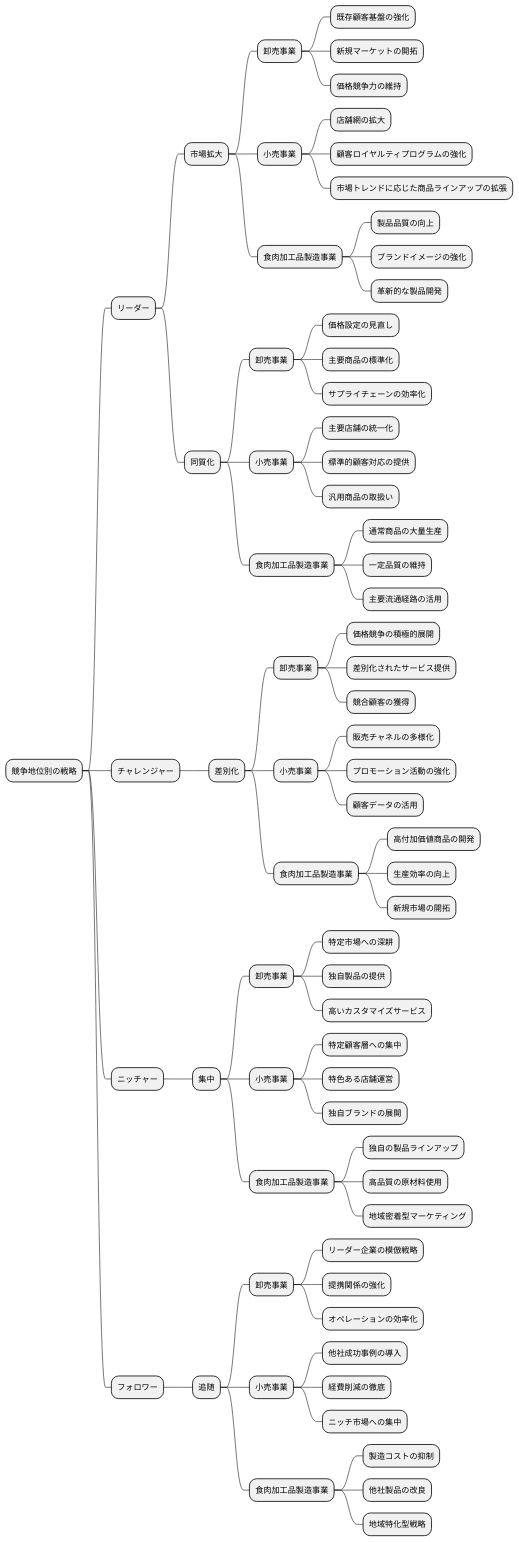
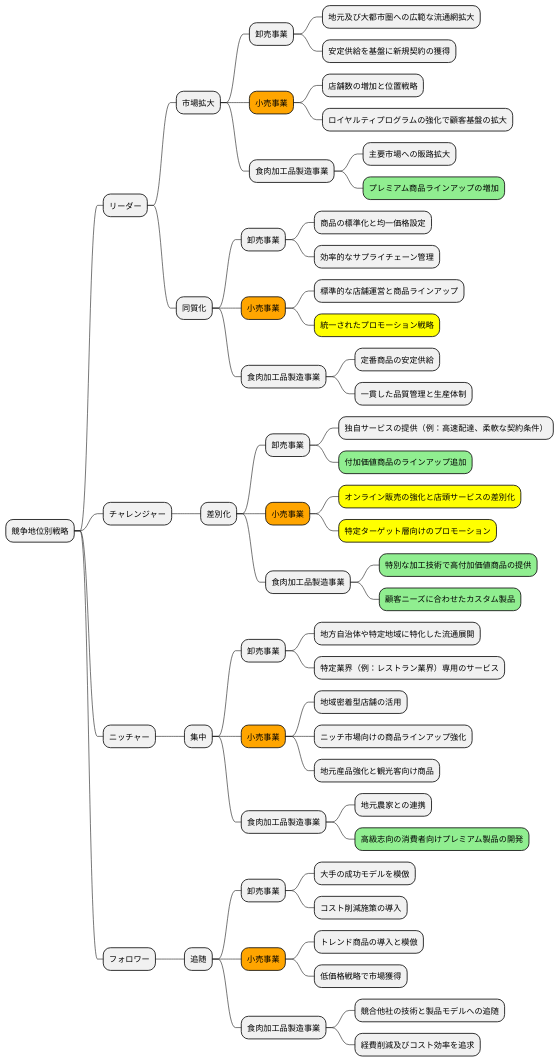
One commit to k2works/case-sutudy-business-analysis changed the ninth of 15 diagrams in docs/case/r04_case_2.adoc. Above: the diagram before and after it, drawn with PlantUML. The commit also changed other lines of this file, not shown here.

```diff
--- a/docs/case/r04_case_2.adoc
+++ b/docs/case/r04_case_2.adoc
@@ -614,75 +502,61 @@
 [plantuml]
 ----
 @startmindmap
-* 競争地位別の戦略
+* 競争地位別戦略
 ** リーダー
 *** 市場拡大
 **** 卸売事業
-***** 既存顧客基盤の強化
-***** 新規マーケットの開拓
-***** 価格競争力の維持
-**** 小売事業
-***** 店舗網の拡大
-***** 顧客ロイヤルティプログラムの強化
-***** 市場トレンドに応じた商品ラインアップの拡張
+***** 地元及び大都市圏への広範な流通網拡大
+***** 安定供給を基盤に新規契約の獲得
+****[#orange] 小売事業
+***** 店舗数の増加と位置戦略
+***** ロイヤルティプログラムの強化で顧客基盤の拡大
 **** 食肉加工品製造事業
-***** 製品品質の向上
-***** ブランドイメージの強化
-***** 革新的な製品開発
+***** 主要市場への販路拡大
+*****[#lightgreen] プレミアム商品ラインアップの増加
 *** 同質化
 **** 卸売事業
-***** 価格設定の見直し
-***** 主要商品の標準化
-***** サプライチェーンの効率化
-**** 小売事業
-***** 主要店舗の統一化
-***** 標準的顧客対応の提供
-***** 汎用商品の取扱い
+***** 商品の標準化と均一価格設定
+***** 効率的なサプライチェーン管理
+****[#orange] 小売事業
+***** 標準的な店舗運営と商品ラインアップ
+*****[#yellow] 統一されたプロモーション戦略
 **** 食肉加工品製造事業
-***** 通常商品の大量生産
-***** 一定品質の維持
-***** 主要流通経路の活用
+***** 定番商品の安定供給
+***** 一貫した品質管理と生産体制
 ** チャレンジャー
 *** 差別化
 **** 卸売事業
-***** 価格競争の積極的展開
-***** 差別化されたサービス提供
-***** 競合顧客の獲得
-**** 小売事業
-***** 販売チャネルの多様化
-***** プロモーション活動の強化
-***** 顧客データの活用
+***** 独自サービスの提供（例：高速配達、柔軟な契約条件）
+*****[#lightgreen] 付加価値商品のラインアップ追加
+****[#orange] 小売事業
+*****[#yellow] オンライン販売の強化と店頭サービスの差別化
+*****[#yellow] 特定ターゲット層向けのプロモーション
 **** 食肉加工品製造事業
-***** 高付加価値商品の開発
-***** 生産効率の向上
-***** 新規市場の開拓
+*****[#lightgreen] 特別な加工技術で高付加価値商品の提供
+*****[#lightgreen] 顧客ニーズに合わせたカスタム製品
 ** ニッチャー
 *** 集中
 **** 卸売事業
-***** 特定市場への深耕
-***** 独自製品の提供
-***** 高いカスタマイズサービス
-**** 小売事業
-***** 特定顧客層への集中
-***** 特色ある店舗運営
-***** 独自ブランドの展開
+***** 地方自治体や特定地域に特化した流通展開
+***** 特定業界（例：レストラン業界）専用のサービス
+****[#orange] 小売事業
+***** 地域密着型店舗の活用
+***** ニッチ市場向けの商品ラインアップ強化
+***** 地元産品強化と観光客向け商品
 **** 食肉加工品製造事業
-***** 独自の製品ラインアップ
-***** 高品質の原材料使用
-***** 地域密着型マーケティング
+***** 地元農家との連携
+*****[#lightgreen] 高級志向の消費者向けプレミアム製品の開発
 ** フォロワー
 *** 追随
 **** 卸売事業
-***** リーダー企業の模倣戦略
-***** 提携関係の強化
-***** オペレーションの効率化
-**** 小売事業
-***** 他社成功事例の導入
-***** 経費削減の徹底
-***** ニッチ市場への集中
+***** 大手の成功モデルを模倣
+***** コスト削減施策の導入
+****[#orange] 小売事業
+***** トレンド商品の導入と模倣
+***** 低価格戦略で市場獲得
 **** 食肉加工品製造事業
-***** 製造コストの抑制
-***** 他社製品の改良
-***** 地域特化型戦略
+***** 競合他社の技術と製品モデルへの追随
+***** 経費削減及びコスト効率を追求
 @endmindmap
 ----
```
